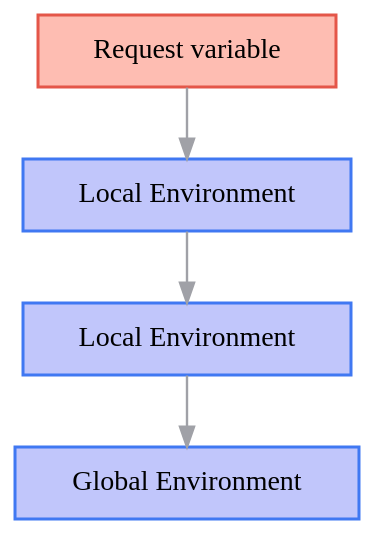
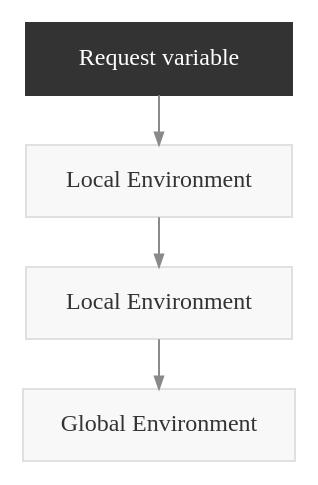
Before and after one commit to wmedrano/wmedrano.dev: the first of 2 diagrams in content/post/2026/02/21/lisp-3.org, drawn with Graphviz. The commit also changed other lines of this file and 38 other files, not shown here.

```diff
--- a/content/post/2026/02/21/lisp-3.org
+++ b/content/post/2026/02/21/lisp-3.org
@@ -97,12 +97,14 @@
 #+BEGIN_SRC dot :file env.svg :exports results
 digraph {
-  graph [ bgcolor=transparent, fontname="sans-serif" ];
-  node [ shape=box, style=filled, fontcolor="#333", margin="0.2,0.1", penwidth=1.5 ];
-  edge [ color="#a0a1a7", penwidth=1.2, fontcolor="#a0a1a7" ];
+  // Diagram house style: nodes look like code blocks; the active node is solid ink.
+  graph [ bgcolor="white", ranksep=0.35 ];
+  node [ shape=box, fontname="Spectral, Georgia, serif", fontsize=12, fontcolor="#333333", style=filled, fillcolor="#f8f8f8", color="#e0e0e0", penwidth=1, margin="0.14,0.06" ];
+  edge [ color="#8a8a8a", arrowsize=0.6, fontname="Spectral, Georgia, serif", fontsize=11, fontcolor="#6b6b6b" ];
+  node [ width=1.85 ];
   RequestVariable -> LocalEnvironment1 -> LocalEnvironment2 -> GlobalEnvironment;
-  RequestVariable [ fillcolor="#febdb2", color="#e45649", label="Request variable" ];
-  LocalEnvironment1 [ fillcolor="#c1c6fb", color="#4078f2", label="Local Environment" ];
-  LocalEnvironment2 [ fillcolor="#c1c6fb", color="#4078f2", label="Local Environment" ];
-  GlobalEnvironment [ fillcolor="#c1c6fb", color="#4078f2", label="Global Environment" ];
+  RequestVariable [ style=filled, fillcolor="#333333", color="#333333", fontcolor="white", label="Request variable" ];
+  LocalEnvironment1 [ label="Local Environment" ];
+  LocalEnvironment2 [ label="Local Environment" ];
+  GlobalEnvironment [ label="Global Environment" ];
 }
 #+END_SRC
```
